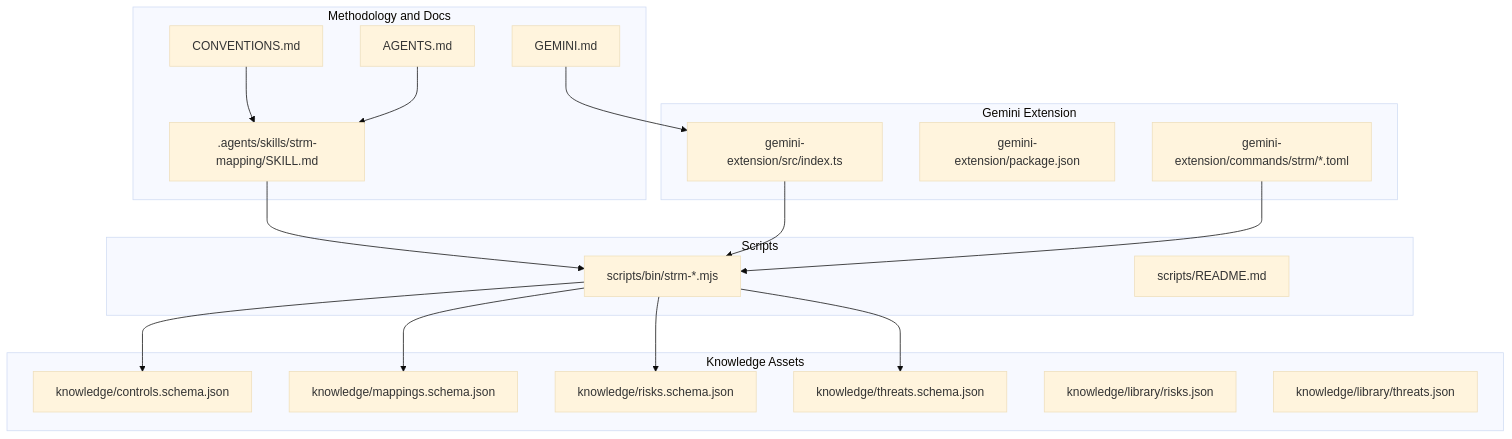
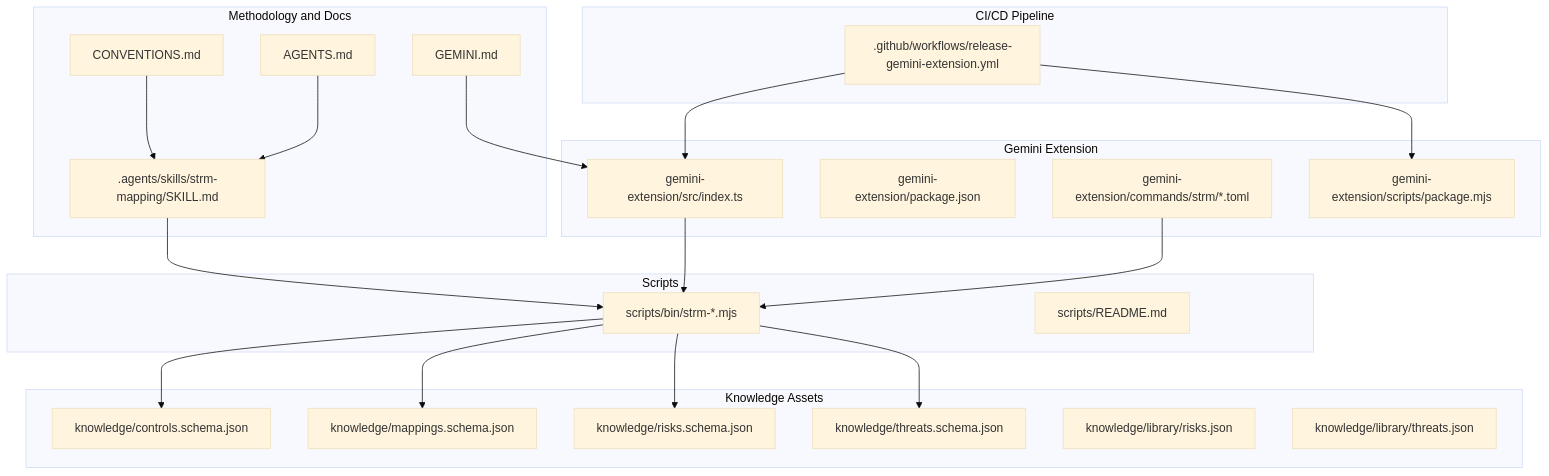
Before and after one commit to austinsonger/GRC-Mapping-Analyst: the first of 9 diagrams in .qoder/repowiki/en/content/Development and Contributing Guidelines.md, drawn with Mermaid (base theme). The commit also changed other lines of this file and 13 other files, not shown here.

````diff
--- a/.qoder/repowiki/en/content/Development and Contributing Guidelines.md
+++ b/.qoder/repowiki/en/content/Development and Contributing Guidelines.md
@@ -55,36 +66,42 @@
 ```mermaid
 graph TB
 subgraph "Methodology and Docs"
 A["CONVENTIONS.md"]
 B["AGENTS.md"]
 C[".agents/skills/strm-mapping/SKILL.md"]
 D["GEMINI.md"]
 end
 subgraph "Scripts"
 S1["scripts/bin/strm-*.mjs"]
 SR["scripts/README.md"]
 end
 subgraph "Gemini Extension"
 E1["gemini-extension/src/index.ts"]
 E2["gemini-extension/package.json"]
 CMD["gemini-extension/commands/strm/*.toml"]
+PKG["gemini-extension/scripts/package.mjs"]
+end
+subgraph "CI/CD Pipeline"
+W1[".github/workflows/release-gemini-extension.yml"]
 end
 subgraph "Knowledge Assets"
 K1["knowledge/controls.schema.json"]
 K2["knowledge/mappings.schema.json"]
 K3["knowledge/risks.schema.json"]
 K4["knowledge/threats.schema.json"]
 KL1["knowledge/library/risks.json"]
 KL2["knowledge/library/threats.json"]
 end
 A --> C
 B --> C
 D --> E1
 C --> S1
 S1 --> K1
 S1 --> K2
 S1 --> K3
 S1 --> K4
 E1 --> S1
 CMD --> S1
+W1 --> E1
+W1 --> PKG
 ```
````
